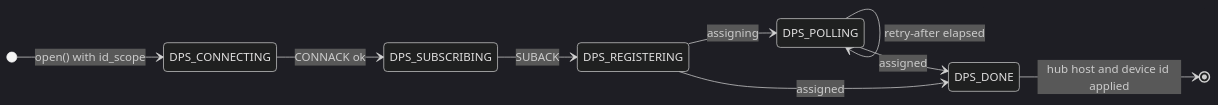
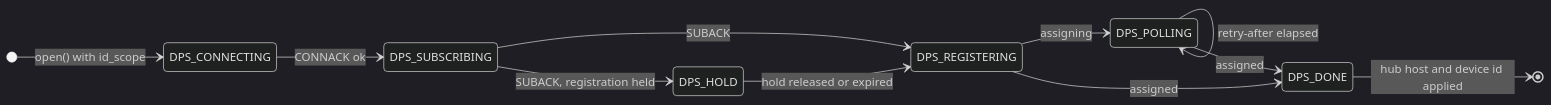
The second of 9 diagrams in c/docs/connection.md (Azure/azure-iot-sdk), drawn with Mermaid (dark theme) before and after one commit. The commit also changed other lines of this file and 2 other files, not shown here.

````diff
--- a/c/docs/connection.md
+++ b/c/docs/connection.md
@@ -74,12 +79,14 @@
 ```mermaid
 stateDiagram-v2
     direction LR
     [*] --> DPS_CONNECTING: open() with id_scope
     DPS_CONNECTING --> DPS_SUBSCRIBING: CONNACK ok
     DPS_SUBSCRIBING --> DPS_REGISTERING: SUBACK
+    DPS_SUBSCRIBING --> DPS_HOLD: SUBACK, registration held
+    DPS_HOLD --> DPS_REGISTERING: hold released or expired
     DPS_REGISTERING --> DPS_POLLING: assigning
     DPS_POLLING --> DPS_POLLING: retry-after elapsed
     DPS_POLLING --> DPS_DONE: assigned
     DPS_REGISTERING --> DPS_DONE: assigned
     DPS_DONE --> [*]: hub host and device id applied
 ```
````
